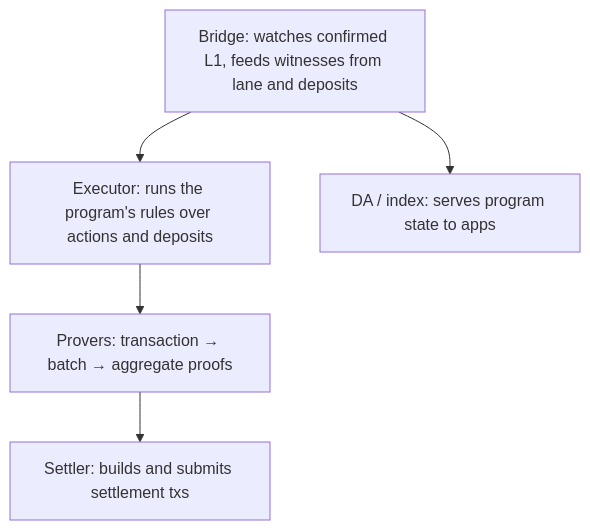
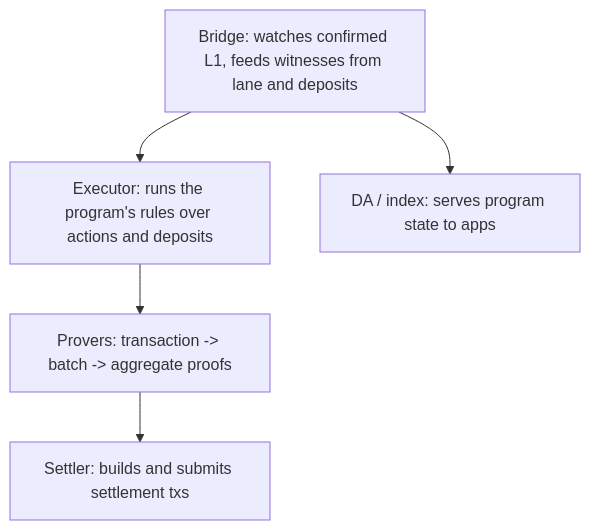
The diagram in src/machinery.md (biryukovmaxim/vprogs-workshop), drawn with Mermaid before and after one commit. The commit also changed other lines of this file and 11 other files, not shown here.

First line of the commit message:
workshop: second reader pass, honest history claim, mermaid ASCII

````diff
--- a/src/machinery.md
+++ b/src/machinery.md
@@ -6,10 +6,10 @@
 ```mermaid
 flowchart TB
     BR["Bridge: watches confirmed L1, feeds witnesses from lane and deposits"]
     EX["Executor: runs the program's rules over actions and deposits"]
-    PR["Provers: transaction → batch → aggregate proofs"]
+    PR["Provers: transaction -> batch -> aggregate proofs"]
     ST["Settler: builds and submits settlement txs"]
     DA["DA / index: serves program state to apps"]
     BR --> EX --> PR --> ST
     BR --> DA
 ```
````
